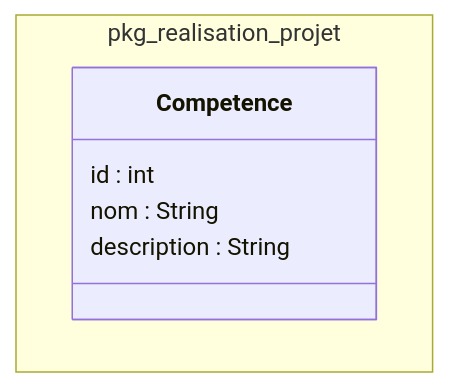
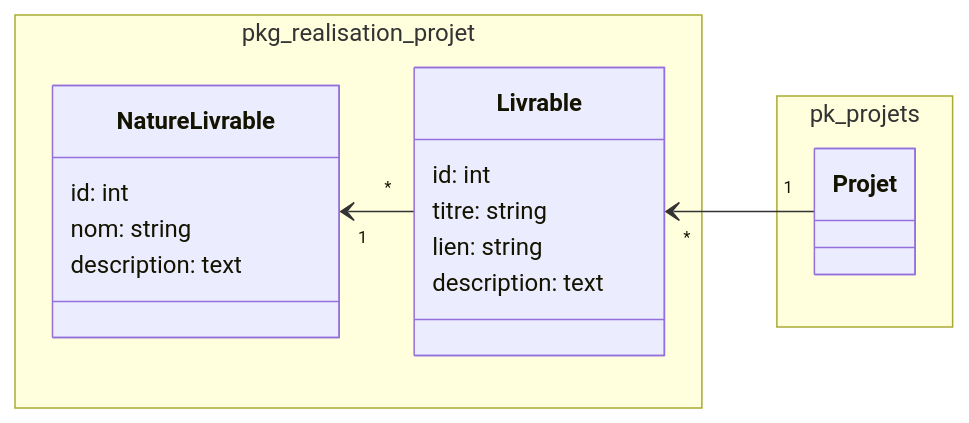
The diagram in modélisation/pkg_realisation_projet/classes_pkg_realisation_projet.mmd (zaani12/prototype), drawn with Mermaid before and after one commit. The commit also changed 32 other files, not shown here.

```diff
--- a/modélisation/pkg_realisation_projet/classes_pkg_realisation_projet.mmd
+++ b/modélisation/pkg_realisation_projet/classes_pkg_realisation_projet.mmd
@@ -1,12 +1,27 @@
 classDiagram
 
+direction RL
+
+namespace pk_projets {
+class Projet
+}
 namespace pkg_realisation_projet {
 
 
-class Competence {
-  id : int
-  nom : String
-  description : String
+  class Livrable {
+    id: int
+    titre: string
+    lien: string
+    description: text
+  }
+
+   class NatureLivrable {
+    id: int
+    nom: string
+    description: text
+  }
+
 }
 
-}
+Projet "1" --> "*" Livrable
+Livrable "*" --> "1" NatureLivrable
```
